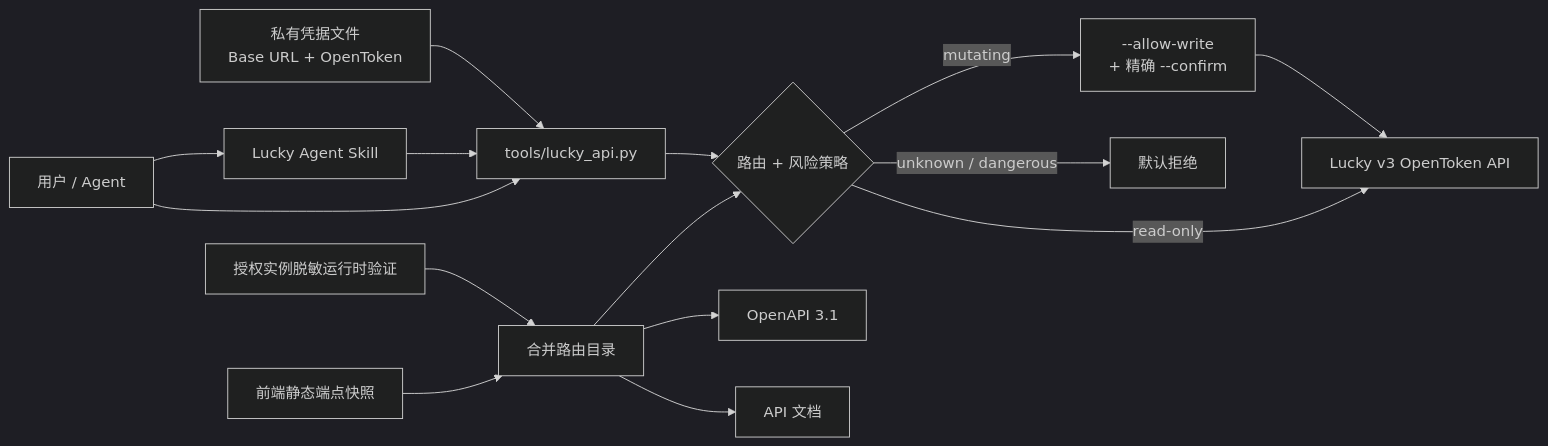
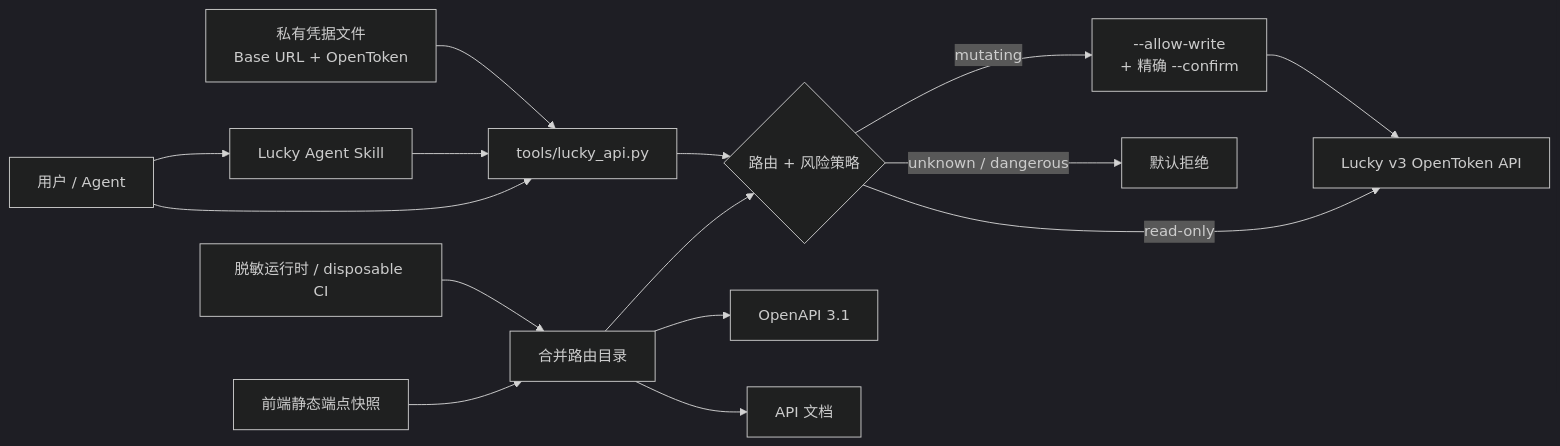
Before and after one commit to fyzure/lucky-skills: the diagram in README.md, drawn with Mermaid (dark theme). The commit also changed 1 other file, not shown here.

Commit message:
refresh plugin identity and freshness checks

````diff
--- a/README.md
+++ b/README.md
@@ -69,20 +69,20 @@
 ```mermaid
 flowchart LR
     User[用户 / Agent] --> Skill[Lucky Agent Skill]
     User --> CLI[tools/lucky_api.py]
     Skill --> CLI
 
     Cred[私有凭据文件<br/>Base URL + OpenToken] --> CLI
     Snapshot[前端静态端点快照] --> Catalog[合并路由目录]
-    Runtime[授权实例脱敏运行时验证] --> Catalog
+    Runtime[脱敏运行时 / disposable CI] --> Catalog
     Catalog --> Guard{路由 + 风险策略}
     CLI --> Guard
 
     Guard -->|read-only| Lucky[Lucky v3 OpenToken API]
     Guard -->|mutating| Confirm[--allow-write<br/>+ 精确 --confirm]
     Confirm --> Lucky
     Guard -->|unknown / dangerous| Block[默认拒绝]
 
     Catalog --> OpenAPI[OpenAPI 3.1]
     Catalog --> Docs[API 文档]
 ```
````
